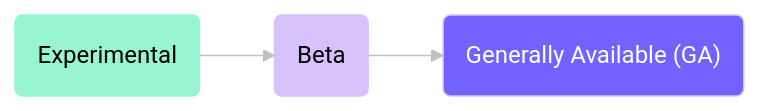
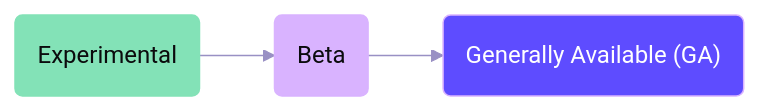
The diagram in support/feature-maturity-levels.mdx (lightdash/mintlify-docs), drawn with Mermaid (base theme) before and after one commit. The commit also changed other lines of this file and 165 other files, not shown here.

````diff
--- a/support/feature-maturity-levels.mdx
+++ b/support/feature-maturity-levels.mdx
@@ -9,11 +12,11 @@
 ```mermaid
 flowchart LR
     A(Experimental) --> B("Beta")
     B --> C("Generally Available (GA)")
     
-    style A fill:#99F4D1,stroke:#99F4D1,color:#000
-    style B fill:#D6C1FA,stroke:#D6C1FA,color:#000
-    style C fill:#7262FF,stroke:#D6C1FA,color:#fff
+    style A fill:#83E2B7,stroke:#83E2B7,color:#0B0B0D
+    style B fill:#D9B3FF,stroke:#D9B3FF,color:#0B0B0D
+    style C fill:#5E4CFF,stroke:#D9B3FF,color:#fff
 
-    linkStyle 0,1 stroke:#c0c0c0,stroke-with:1px
+    linkStyle 0,1 stroke:#9990C4,stroke-width:1px
 ```
````
